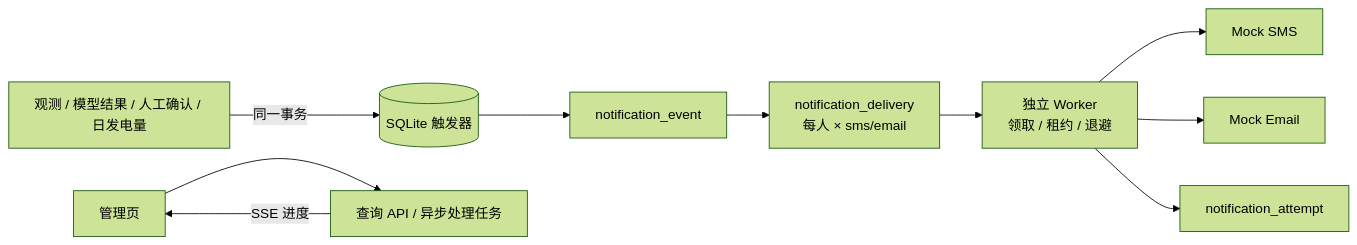
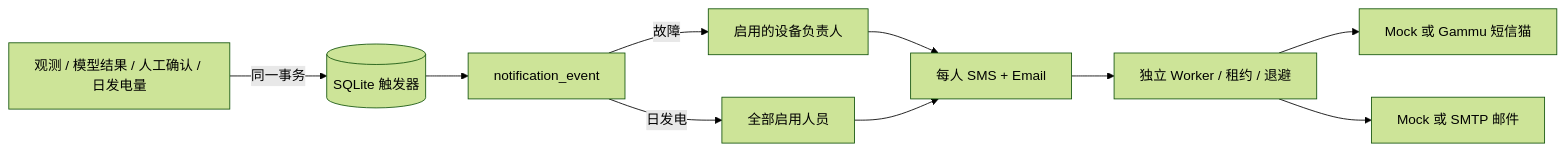
The diagram in notifications/README.md (lheng2386-png/fumai-zhiwei), drawn with Mermaid (forest theme) before and after one commit. The commit also changed other lines of this file and 20 other files, not shown here.

````diff
--- a/notifications/README.md
+++ b/notifications/README.md
@@ -7,12 +7,12 @@
 ```mermaid
 flowchart LR
   A[观测 / 模型结果 / 人工确认 / 日发电量] -->|同一事务| B[(SQLite 触发器)]
   B --> C[notification_event]
-  C --> D[notification_delivery<br/>每人 × sms/email]
-  D --> E[独立 Worker<br/>领取 / 租约 / 退避]
-  E --> F[Mock SMS]
-  E --> G[Mock Email]
-  E --> H[notification_attempt]
-  I[管理页] --> J[查询 API / 异步处理任务]
-  J -->|SSE 进度| I
+  C -->|故障| D[启用的设备负责人]
+  C -->|日发电| E[全部启用人员]
+  D --> F[每人 SMS + Email]
+  E --> F
+  F --> G[独立 Worker / 租约 / 退避]
+  G --> H[Mock 或 Gammu 短信猫]
+  G --> I[Mock 或 SMTP 邮件]
 ```
````
